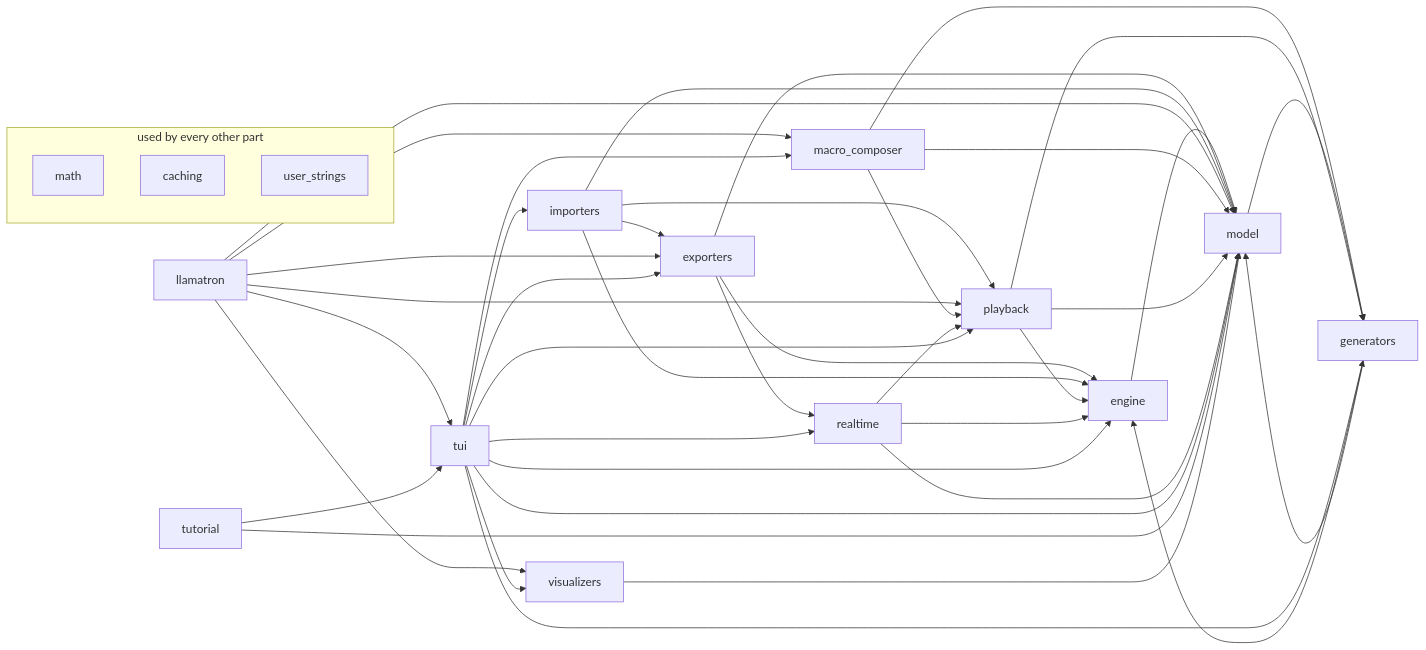
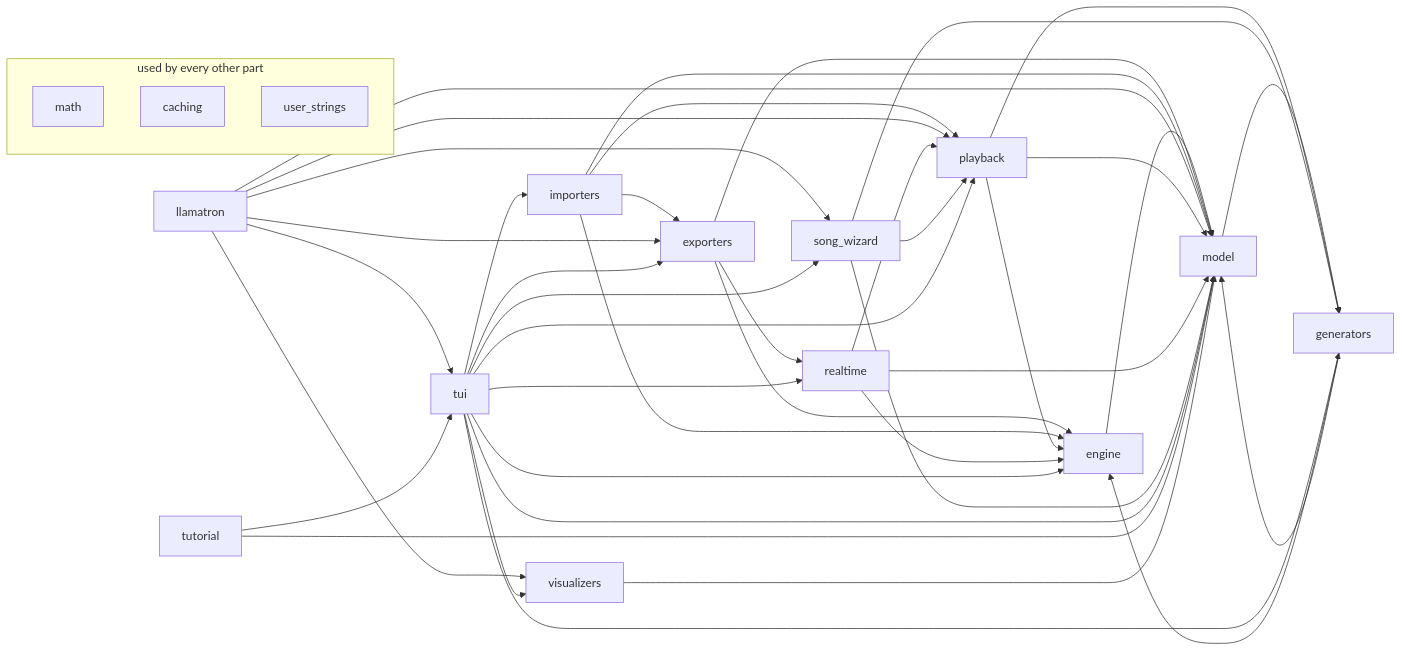
One commit to mpdehaan/llamatron changed the second of 2 diagrams in docs/ARCHITECTURE.md. Above: the diagram before and after it, drawn with Mermaid. The commit also changed other lines of this file and 189 other files, not shown here.

Commit message:
The song wizard is called the song wizard throughout, the one kind of wizard today: its package, its tests, its text, its notes, its tool and its test inputs are named for it, where they were named for the MacroComposer.

````diff
--- a/docs/ARCHITECTURE.md
+++ b/docs/ARCHITECTURE.md
@@ -126,58 +126,58 @@
 ```mermaid
 flowchart LR
     tui["tui"]
     llamatron["llamatron"]
     model["model"]
     playback["playback"]
     generators["generators"]
     engine["engine"]
     exporters["exporters"]
     importers["importers"]
-    macro_composer["macro_composer"]
     realtime["realtime"]
+    song_wizard["song_wizard"]
     tutorial["tutorial"]
     visualizers["visualizers"]
     subgraph everywhere ["used by every other part"]
     math["math"]
     caching["caching"]
     user_strings["user_strings"]
     end
     engine --> model
     exporters --> engine
     exporters --> model
     exporters --> realtime
     generators --> engine
     generators --> model
     importers --> engine
     importers --> exporters
     importers --> model
     importers --> playback
     llamatron --> exporters
-    llamatron --> macro_composer
     llamatron --> model
     llamatron --> playback
+    llamatron --> song_wizard
     llamatron --> tui
     llamatron --> visualizers
-    macro_composer --> generators
-    macro_composer --> model
-    macro_composer --> playback
     model --> generators
     playback --> engine
     playback --> generators
     playback --> model
     realtime --> engine
     realtime --> model
     realtime --> playback
+    song_wizard --> generators
+    song_wizard --> model
+    song_wizard --> playback
     tui --> engine
     tui --> exporters
     tui --> generators
     tui --> importers
-    tui --> macro_composer
     tui --> model
     tui --> playback
     tui --> realtime
+    tui --> song_wizard
     tui --> visualizers
     tutorial --> model
     tutorial --> tui
     visualizers --> model
 ```
````
